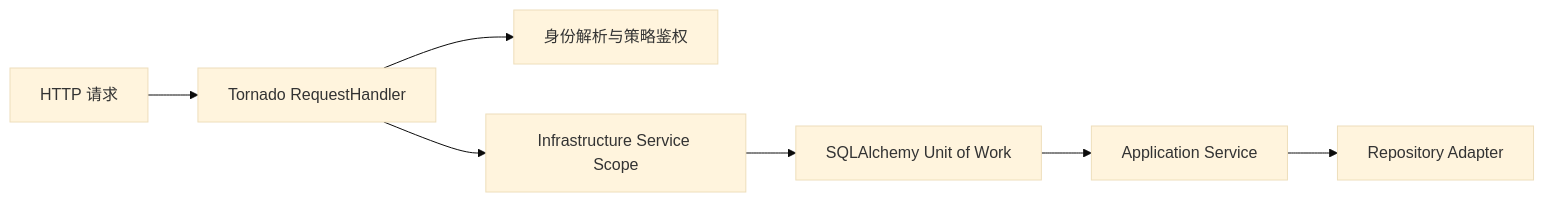
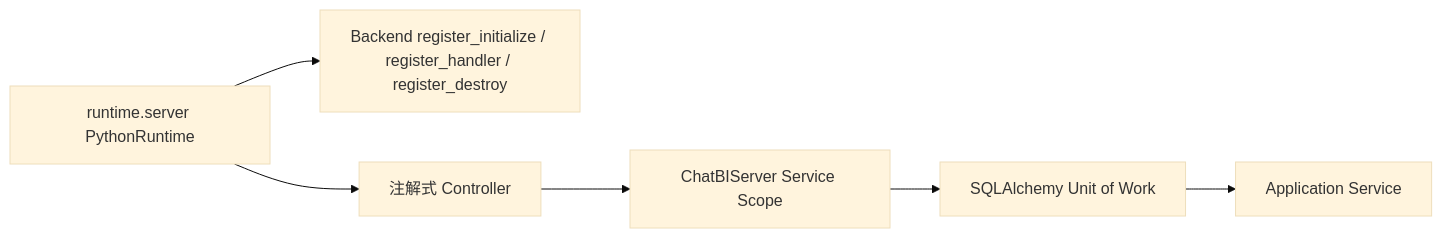
One commit to shel447/ReportSystem changed the diagram in docs/implementation/web-adapter.md. Above: the diagram before and after it, drawn with Mermaid (base theme). The commit also changed other lines of this file and 74 other files, not shown here.

````diff
--- a/docs/implementation/web-adapter.md
+++ b/docs/implementation/web-adapter.md
@@ -7,9 +7,8 @@
 ```mermaid
 flowchart LR
-    request["HTTP 请求"] --> handler["Tornado RequestHandler"]
-    handler --> auth["身份解析与策略鉴权"]
-    handler --> scope["Infrastructure Service Scope"]
+    runtime["runtime.server PythonRuntime"] --> lifecycle["Backend register_initialize / register_handler / register_destroy"]
+    runtime --> controller["注解式 Controller"]
+    controller --> scope["ChatBIServer Service Scope"]
     scope --> uow["SQLAlchemy Unit of Work"]
     uow --> service["Application Service"]
-    service --> repository["Repository Adapter"]
 ```
````
